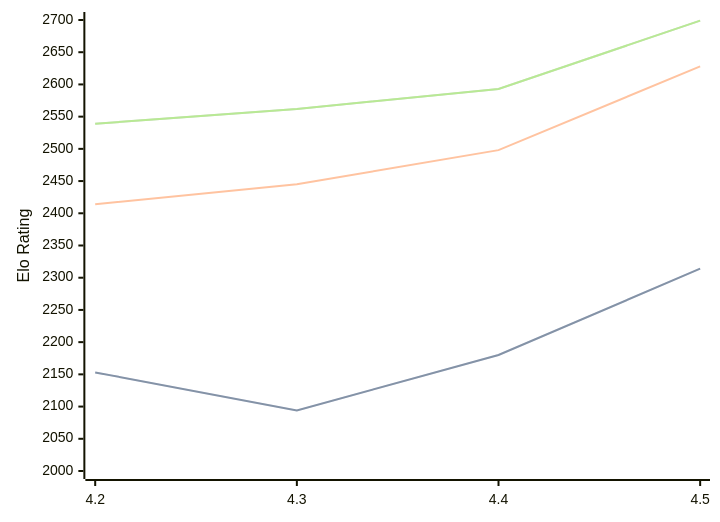
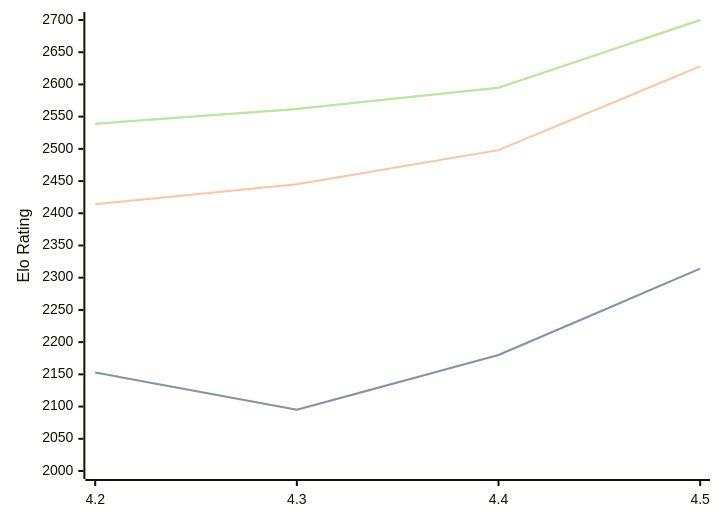
One commit to computer-chess-index/cci changed the diagram in engines/Eubos.md. Above: the diagram before and after it, drawn with Mermaid. The commit also changed other lines of this file, not shown here.

Commit message:
Update CCI Ratings (ELO VLTC) - 2026-08-19

````diff
--- a/engines/Eubos.md
+++ b/engines/Eubos.md
@@ -34,11 +34,11 @@
 ```mermaid
 %%{init: {"theme":"base","themeVariables":{"seriesColors:['#a3a3a3','#222221','#faa371']}}}%%
 xychart-beta
   x-axis ["4.2", "4.3", "4.4", "4.5"]
   y-axis "Elo Rating" 2000 --> 2700
-  line "STC (8.0+0.08s)" [2153, 2094, 2180, 2314]
-  line "STC (8.0+0.08s)" [2153, 2094, 2180, 2314]
+  line "STC (8.0+0.08s)" [2153, 2095, 2180, 2314]
+  line "STC (8.0+0.08s)" [2153, 2095, 2180, 2314]
   line "LTC (60.0+0.60s)" [2414, 2445, 2498, 2628]
-  line "VLTC (2m24s+1.12s)" [2539, 2562, 2593, 2699]
-  line "VLTC (2m24s+1.12s)" [2539, 2562, 2593, 2699]
+  line "VLTC (2m24s+1.12s)" [2539, 2562, 2595, 2700]
+  line "VLTC (2m24s+1.12s)" [2539, 2562, 2595, 2700]
 ```
````
